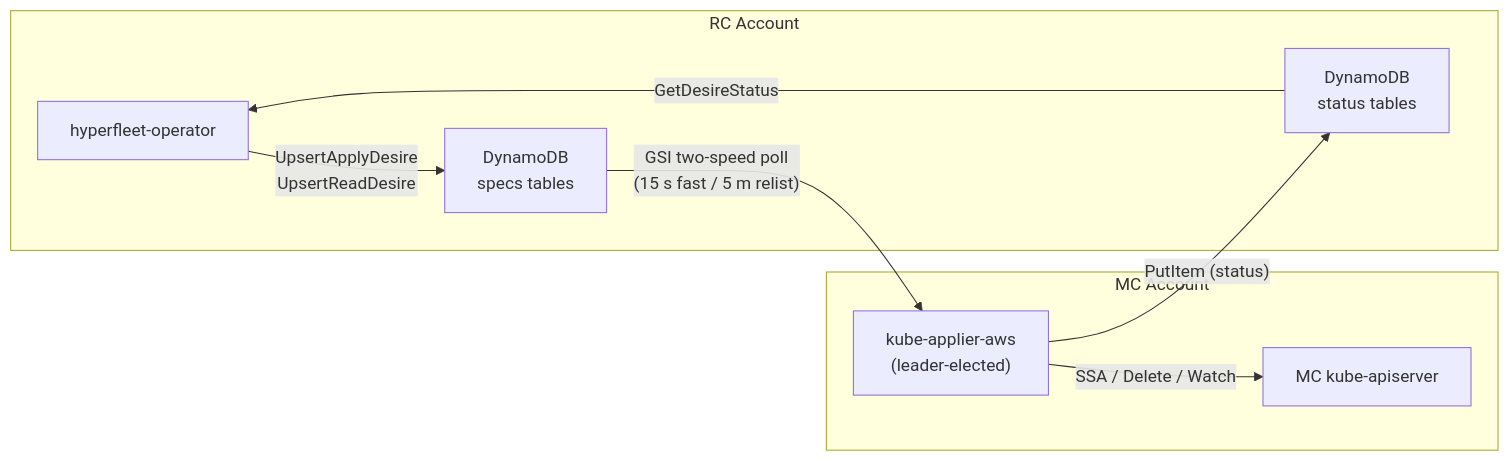
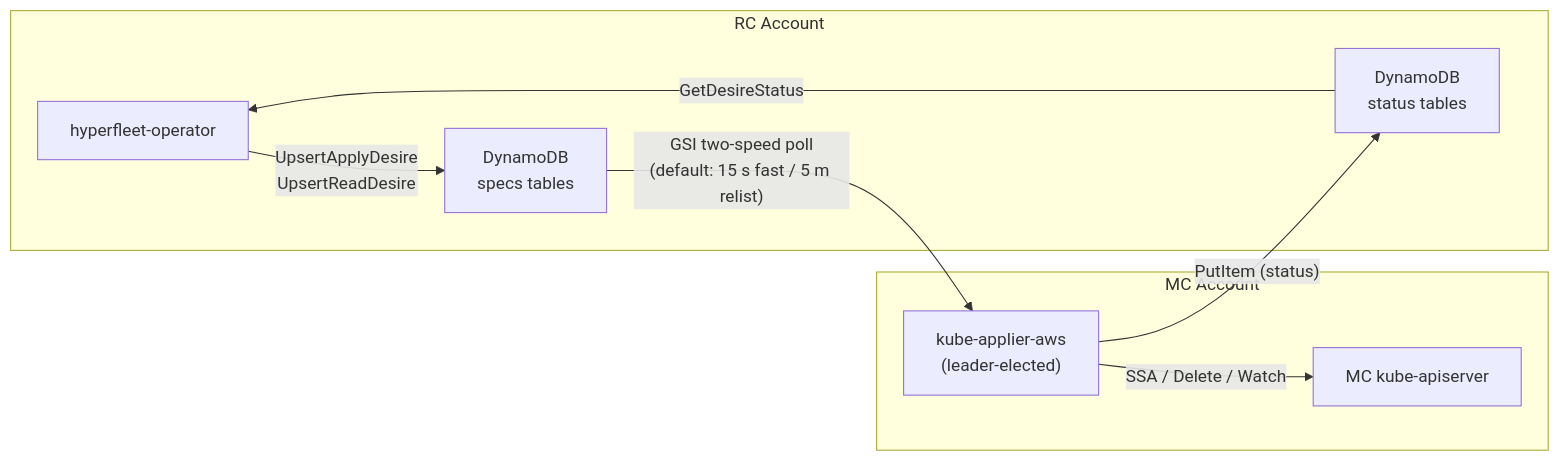
Before and after one commit to openshift-online/rosa-hyperfleet: the first of 4 diagrams in docs/design/kube-applier-architecture.md, drawn with Mermaid. The commit also changed other lines of this file and 4 other files, not shown here.

````diff
--- a/docs/design/kube-applier-architecture.md
+++ b/docs/design/kube-applier-architecture.md
@@ -31,19 +31,19 @@
 ```mermaid
 graph LR
     subgraph "RC Account"
         HF["hyperfleet-operator"]
         DBS["DynamoDB\nspecs tables"]
         DBT["DynamoDB\nstatus tables"]
     end
 
     subgraph "MC Account"
         KA["kube-applier-aws\n(leader-elected)"]
         API["MC kube-apiserver"]
     end
 
     HF -->|"UpsertApplyDesire\nUpsertReadDesire"| DBS
-    DBS -->|"GSI two-speed poll\n(15 s fast / 5 m relist)"| KA
+    DBS -->|"GSI two-speed poll\n(default: 15 s fast / 5 m relist)"| KA
     KA -->|"SSA / Delete / Watch"| API
     KA -->|"PutItem (status)"| DBT
     DBT -->|"GetDesireStatus"| HF
 ```
````
